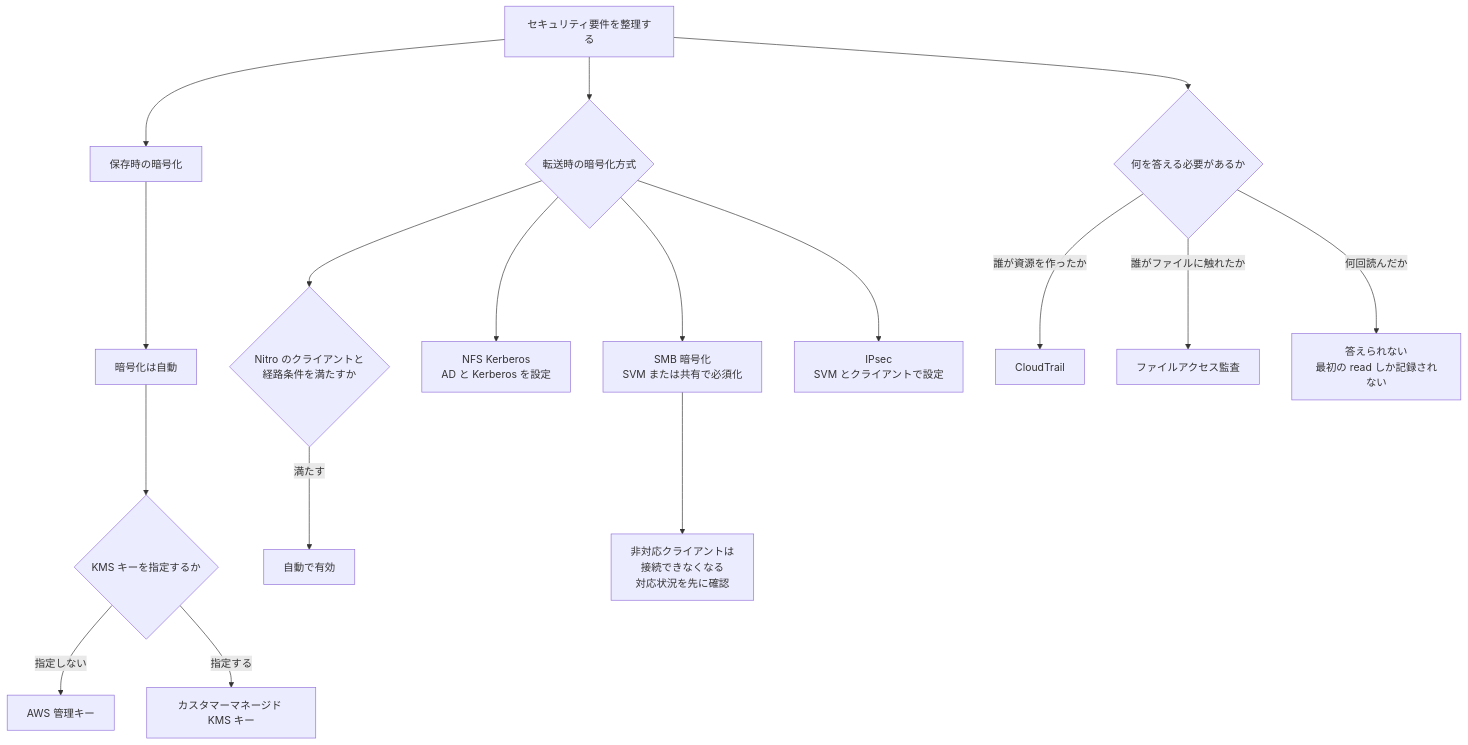
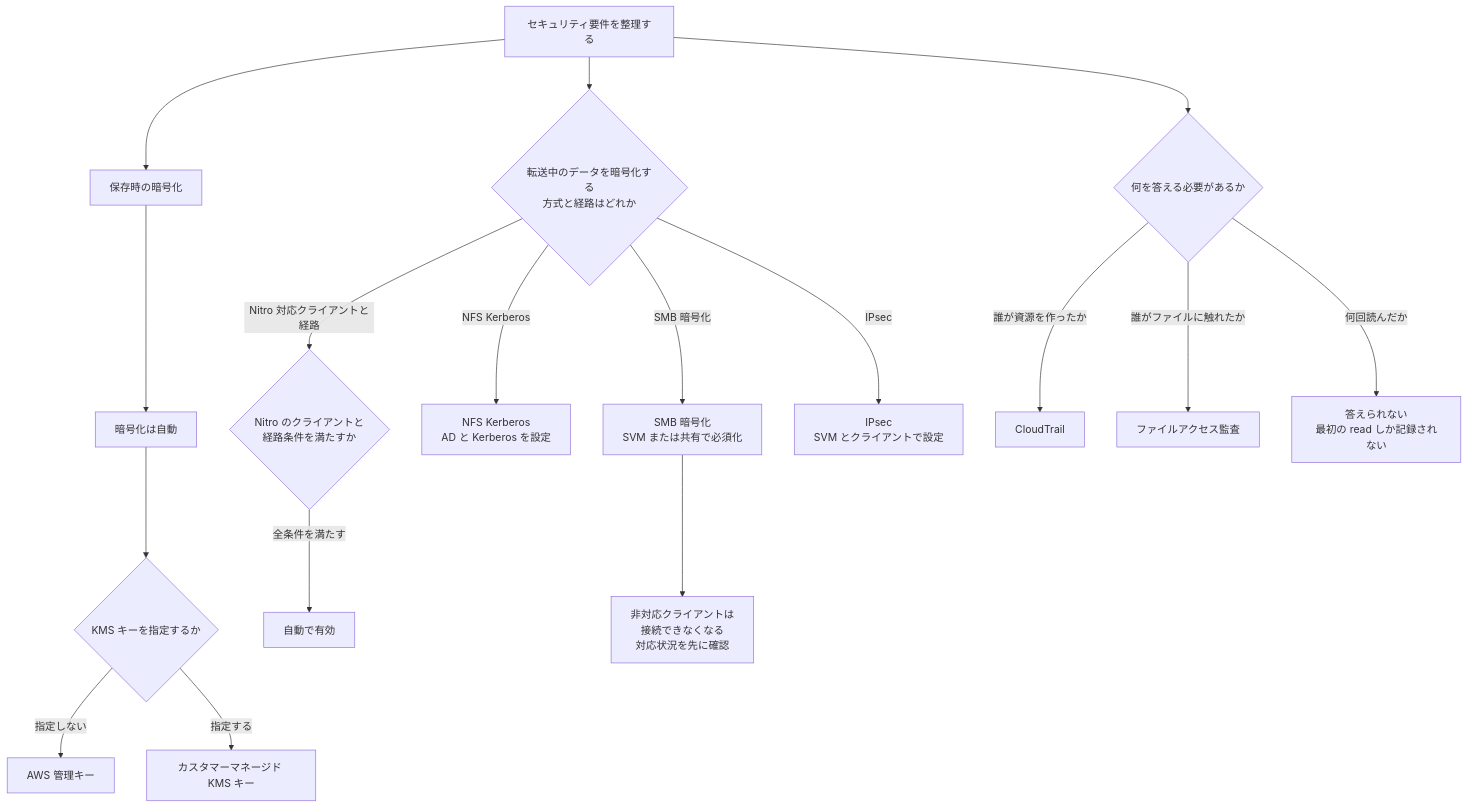
One commit to Yoshiki0705/FSx-for-ONTAP-Adoption-Playbook changed the diagram in docs/ja/domains/security-governance/notes/what-the-platform-gives-and-what-stays-yours.md. Above: the diagram before and after it, drawn with Mermaid. The commit also changed 27 other files, not shown here.

````diff
--- a/docs/ja/domains/security-governance/notes/what-the-platform-gives-and-what-stays-yours.md
+++ b/docs/ja/domains/security-governance/notes/what-the-platform-gives-and-what-stays-yours.md
@@ -166,22 +166,22 @@
 ```mermaid
 graph TD
     A[セキュリティ要件を整理する] --> R[保存時の暗号化]
     R --> R1[暗号化は自動]
     R1 --> KMS{KMS キーを指定するか}
     KMS -->|指定しない| AK[AWS 管理キー]
     KMS -->|指定する| CK[カスタマーマネージド KMS キー]
 
-    A --> T{転送時の暗号化方式}
-    T --> NITRO{Nitro のクライアントと<br/>経路条件を満たすか}
-    NITRO -->|満たす| AUTO[自動で有効]
-    T --> KRB[NFS Kerberos<br/>AD と Kerberos を設定]
-    T --> SMBE[SMB 暗号化<br/>SVM または共有で必須化]
-    T --> IPSEC[IPsec<br/>SVM とクライアントで設定]
+    A --> T{転送中のデータを暗号化する<br/>方式と経路はどれか}
+    T -->|Nitro 対応クライアントと経路| NITRO{Nitro のクライアントと<br/>経路条件を満たすか}
+    NITRO -->|全条件を満たす| AUTO[自動で有効]
+    T -->|NFS Kerberos| KRB[NFS Kerberos<br/>AD と Kerberos を設定]
+    T -->|SMB 暗号化| SMBE[SMB 暗号化<br/>SVM または共有で必須化]
+    T -->|IPsec| IPSEC[IPsec<br/>SVM とクライアントで設定]
 
     SMBE --> CLIENT[非対応クライアントは<br/>接続できなくなる<br/>対応状況を先に確認]
 
     A --> AUD{何を答える必要があるか}
     AUD -->|誰が資源を作ったか| CT[CloudTrail]
     AUD -->|誰がファイルに触れたか| FA[ファイルアクセス監査]
     AUD -->|何回読んだか| GAP["答えられない<br/>最初の read しか記録されない"]
 ```
````
